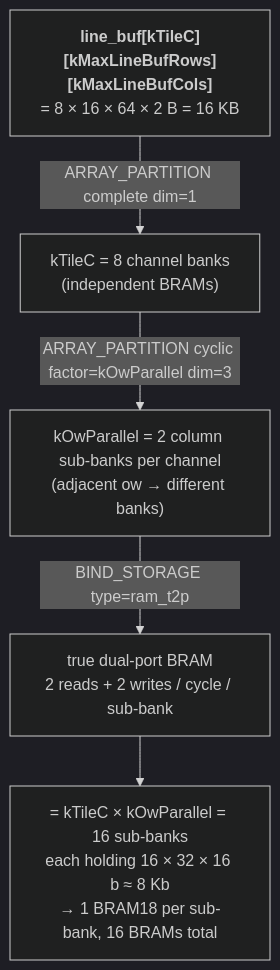
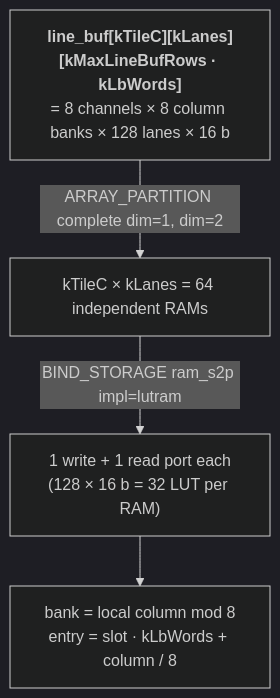
Before and after one commit to phoenix367/cormorant: the second of 4 diagrams in doc/POOLING_KERNEL.md, drawn with Mermaid (dark theme). The commit also changed other lines of this file and 28 other files, not shown here.

````diff
--- a/doc/POOLING_KERNEL.md
+++ b/doc/POOLING_KERNEL.md
@@ -198,8 +215,7 @@
 ```mermaid
 flowchart TD
-    LB["<b>line_buf[kTileC][kMaxLineBufRows][kMaxLineBufCols]</b><br/>= 8 × 16 × 64 × 2 B = 16 KB"]
-    LB -->|"ARRAY_PARTITION complete dim=1"| DIM1["kTileC = 8 channel banks<br/>(independent BRAMs)"]
-    DIM1 -->|"ARRAY_PARTITION cyclic factor=kOwParallel dim=3"| DIM3["kOwParallel = 2 column sub-banks per channel<br/>(adjacent ow → different banks)"]
-    DIM3 -->|"BIND_STORAGE type=ram_t2p"| RT["true dual-port BRAM<br/>2 reads + 2 writes / cycle / sub-bank"]
-    RT --> RES["= kTileC × kOwParallel = 16 sub-banks<br/>each holding 16 × 32 × 16 b ≈ 8 Kb<br/>→ 1 BRAM18 per sub-bank, 16 BRAMs total"]
+    LB["<b>line_buf[kTileC][kLanes][kMaxLineBufRows · kLbWords]</b><br/>= 8 channels × 8 column banks × 128 lanes × 16 b"]
+    LB -->|"ARRAY_PARTITION complete dim=1, dim=2"| BANKS["kTileC × kLanes = 64 independent RAMs"]
+    BANKS -->|"BIND_STORAGE ram_s2p impl=lutram"| RT["1 write + 1 read port each<br/>(128 × 16 b = 32 LUT per RAM)"]
+    RT --> ADDR["bank = local column mod 8<br/>entry = slot · kLbWords + column / 8"]
 ```
````
